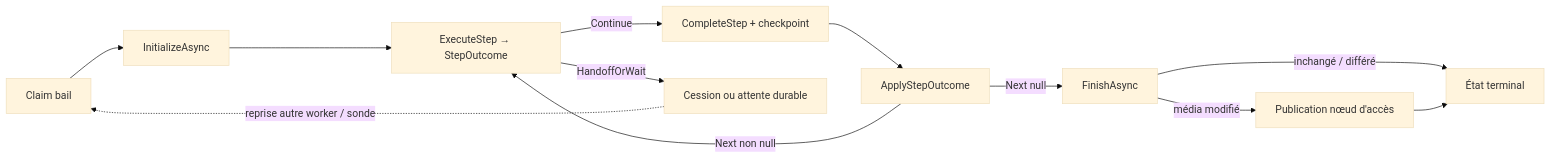
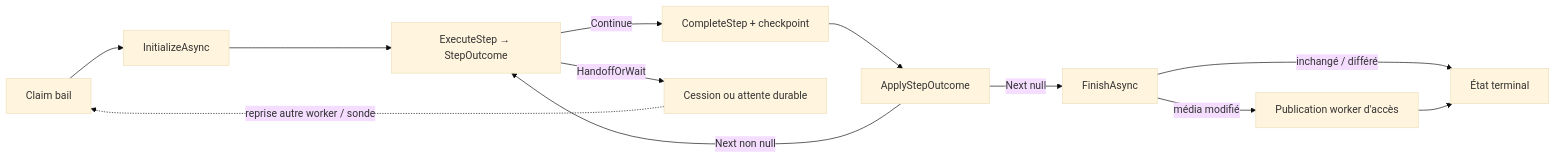
The diagram in docs/architecture/domains/runtime.md (remi-deher/encoding-central), drawn with Mermaid (base theme) before and after one commit. The commit also changed other lines of this file and 42 other files, not shown here.

````diff
--- a/docs/architecture/domains/runtime.md
+++ b/docs/architecture/domains/runtime.md
@@ -25,14 +25,14 @@
 ```mermaid
 flowchart LR
   claim[Claim bail] --> init[InitializeAsync]
   init --> step[ExecuteStep → StepOutcome]
   step -->|Continue| complete[CompleteStep + checkpoint]
   complete --> apply[ApplyStepOutcome]
   apply -->|Next non null| step
   apply -->|Next null| finish[FinishAsync]
-  finish -->|média modifié| publish[Publication nœud d'accès]
+  finish -->|média modifié| publish[Publication worker d'accès]
   finish -->|inchangé / différé| done[État terminal]
   publish --> done
   step -->|HandoffOrWait| pause[Cession ou attente durable]
   pause -.->|reprise autre worker / sonde| claim
 ```
````
